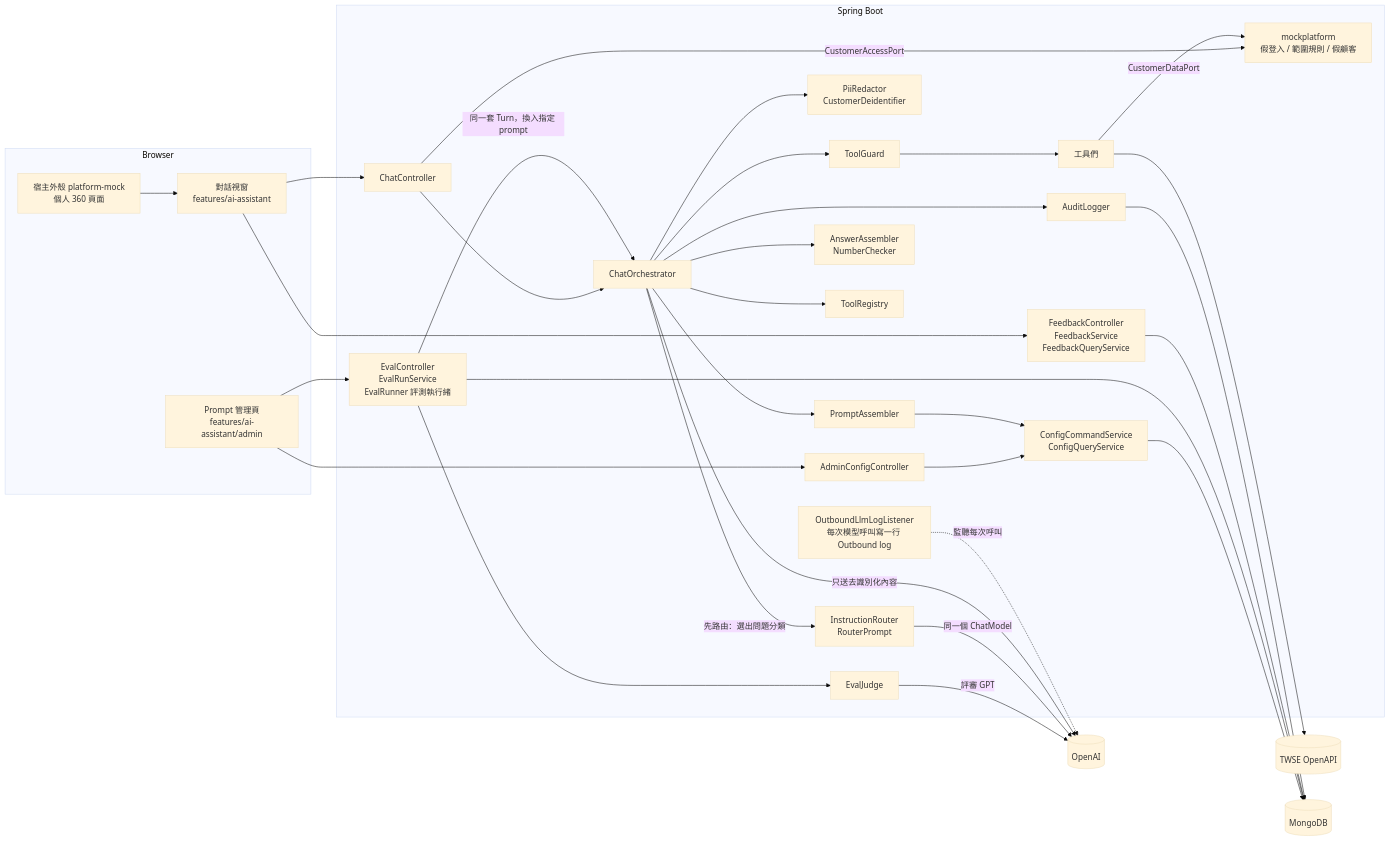
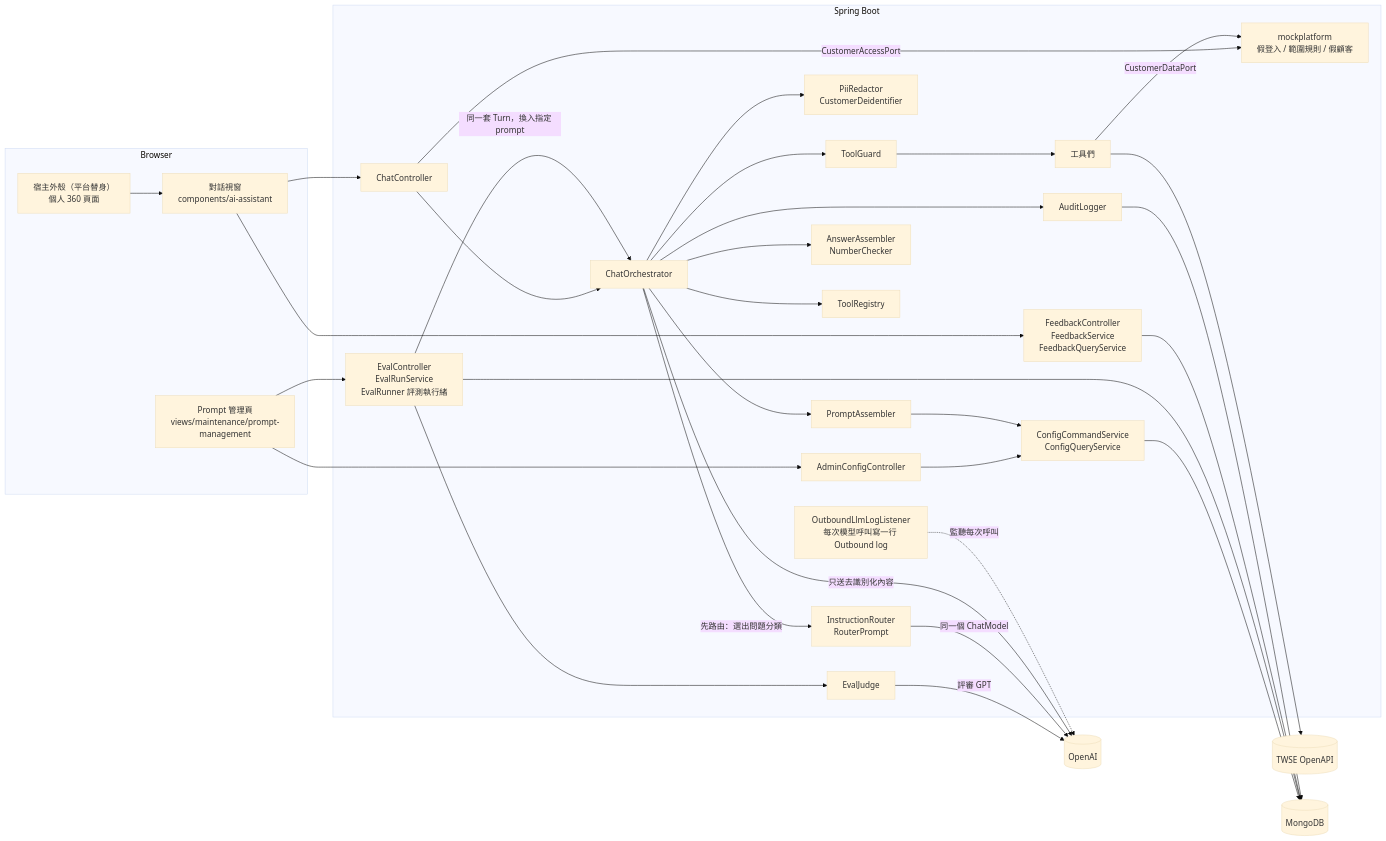
The second of 11 diagrams in docs/spec/01-architecture.md (Rue1216/assistant-poc), drawn with Mermaid (base theme) before and after one commit. The commit also changed other lines of this file and 4 other files, not shown here.

````diff
--- a/docs/spec/01-architecture.md
+++ b/docs/spec/01-architecture.md
@@ -49,50 +49,50 @@
 ```mermaid
 flowchart LR
   subgraph Browser
-    H[宿主外殼 platform-mock<br/>個人 360 頁面]
-    W[對話視窗<br/>features/ai-assistant]
-    A[Prompt 管理頁<br/>features/ai-assistant/admin]
+    H[宿主外殼（平台替身）<br/>個人 360 頁面]
+    W[對話視窗<br/>components/ai-assistant]
+    A[Prompt 管理頁<br/>views/maintenance/prompt-management]
   end
   subgraph Backend[Spring Boot]
     CC[ChatController]
     AC[AdminConfigController]
     O[ChatOrchestrator]
     RD[PiiRedactor<br/>CustomerDeidentifier]
     IR[InstructionRouter<br/>RouterPrompt]
     PA[PromptAssembler]
     AA[AnswerAssembler<br/>NumberChecker]
     TR[ToolRegistry]
     TG[ToolGuard]
     T[工具們]
     CS[ConfigCommandService<br/>ConfigQueryService]
     AU[AuditLogger]
     LL[OutboundLlmLogListener<br/>每次模型呼叫寫一行 Outbound log]
     FB[FeedbackController<br/>FeedbackService<br/>FeedbackQueryService]
     EV[EvalController<br/>EvalRunService<br/>EvalRunner 評測執行緒]
     EJ[EvalJudge]
     MP[mockplatform<br/>假登入 / 範圍規則 / 假顧客]
   end
   GPT[(OpenAI)]
   TWSE[(TWSE OpenAPI)]
   DB[(MongoDB)]
 
   H --> W --> CC
   CC -->|CustomerAccessPort| MP
   CC --> O
   A --> AC --> CS --> DB
   A --> EV --> DB
   EV -->|同一套 Turn，換入指定 prompt| O
   EV --> EJ -->|評審 GPT| GPT
   W --> FB --> DB
   O --> RD
   O -->|先路由：選出問題分類| IR -->|同一個 ChatModel| GPT
   O --> PA --> CS
   O --> AA
   O --> TR
   O -->|只送去識別化內容| GPT
   O --> TG --> T
   T -->|CustomerDataPort| MP
   T --> TWSE
   O --> AU --> DB
   LL -.->|監聽每次呼叫| GPT
 ```
````
